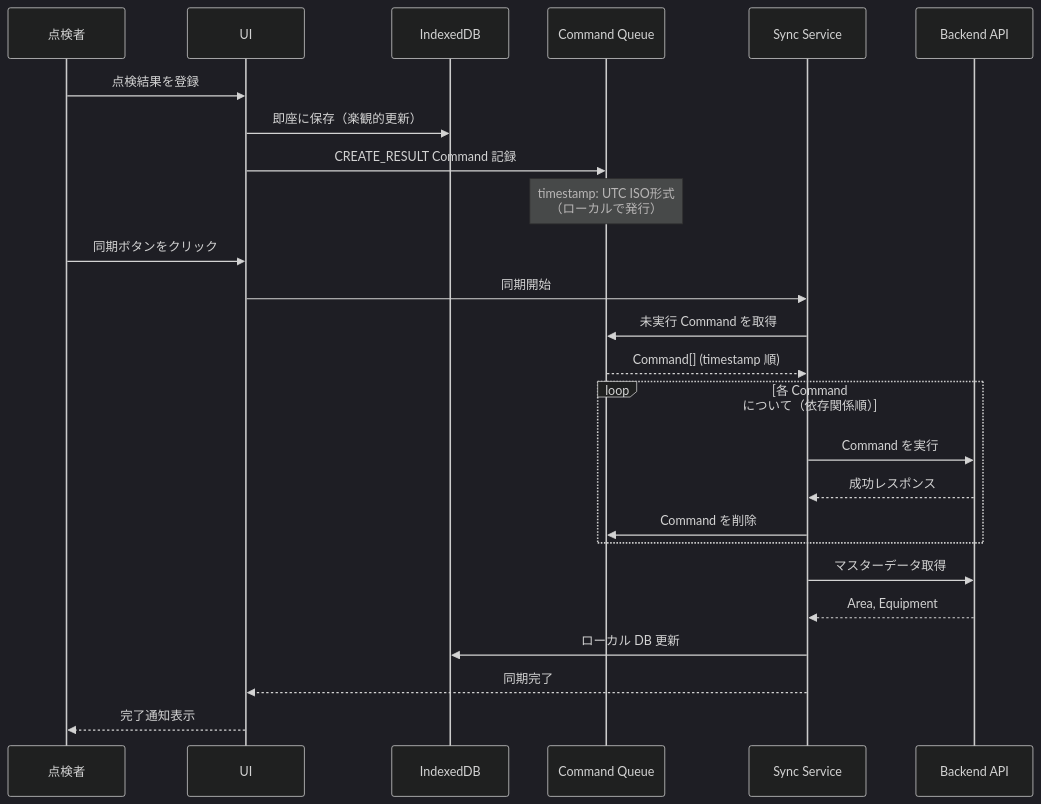
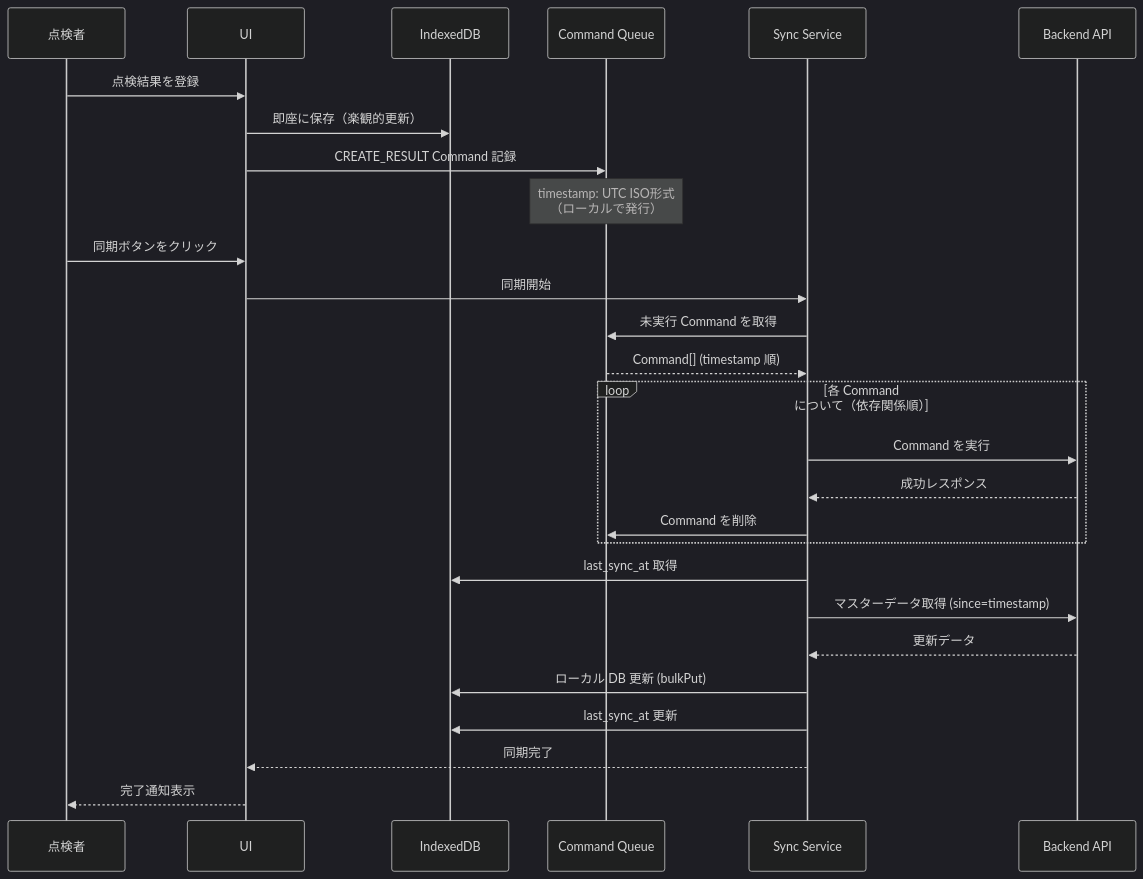
The third of 3 diagrams in README.md (funayamateppei/local_bridge), drawn with Mermaid (dark theme) before and after one commit. The commit also changed other lines of this file, not shown here.

````diff
--- a/README.md
+++ b/README.md
@@ -233,33 +233,35 @@
 ```mermaid
 sequenceDiagram
     participant User as 点検者
     participant UI
     participant LocalDB as IndexedDB
     participant CommandQueue as Command Queue
     participant Sync as Sync Service
     participant API as Backend API
 
     User->>UI: 点検結果を登録
     UI->>LocalDB: 即座に保存（楽観的更新）
     UI->>CommandQueue: CREATE_RESULT Command 記録
     Note over CommandQueue: timestamp: UTC ISO形式<br/>（ローカルで発行）
 
     User->>UI: 同期ボタンをクリック
     UI->>Sync: 同期開始
 
     Sync->>CommandQueue: 未実行 Command を取得
     CommandQueue-->>Sync: Command[] (timestamp 順)
 
     loop 各 Command について（依存関係順）
         Sync->>API: Command を実行
         API-->>Sync: 成功レスポンス
         Sync->>CommandQueue: Command を削除
     end
 
-    Sync->>API: マスターデータ取得
-    API-->>Sync: Area, Equipment
-    Sync->>LocalDB: ローカル DB 更新
+    Sync->>LocalDB: last_sync_at 取得
+    Sync->>API: マスターデータ取得 (since=timestamp)
+    API-->>Sync: 更新データ
+    Sync->>LocalDB: ローカル DB 更新 (bulkPut)
+    Sync->>LocalDB: last_sync_at 更新
 
     Sync-->>UI: 同期完了
     UI-->>User: 完了通知表示
 ```
````
